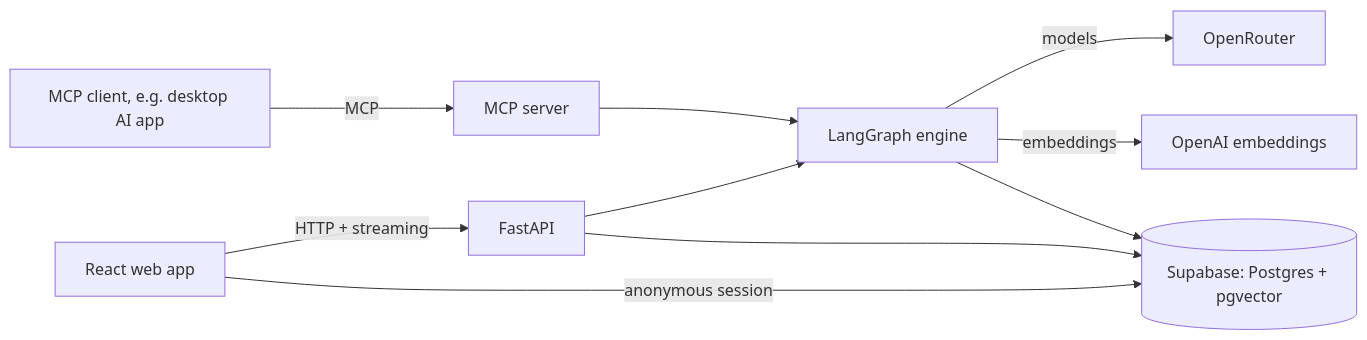
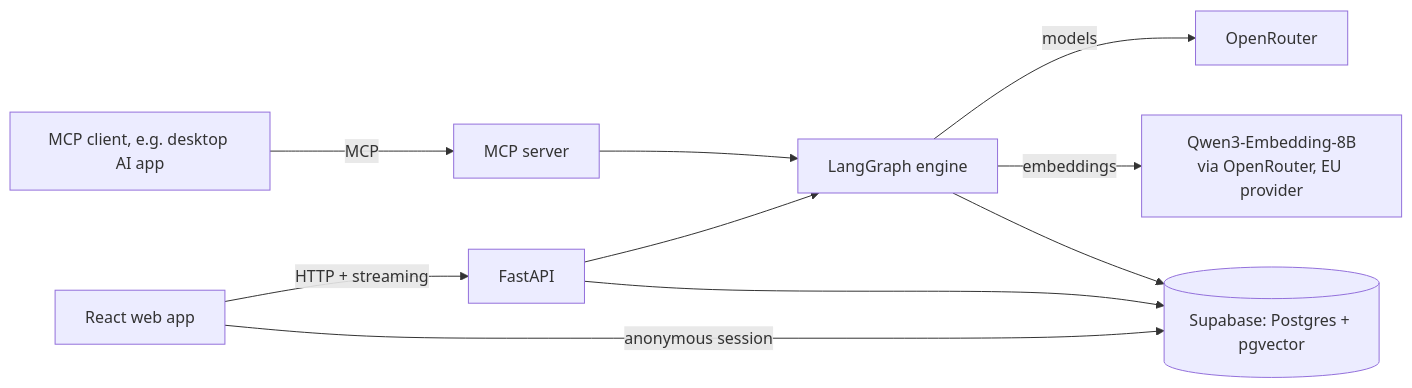
Before and after one commit to AhmedNazihX/Klar: the second of 2 diagrams in AI Act Classification Assistant — Capstone Init Document.md, drawn with Mermaid. The commit also changed other lines of this file, not shown here.

First line of the commit message:
docs: add benchmark isolation rules and switch embeddings to Qwen3-Embedding-8B

````diff
--- a/AI Act Classification Assistant — Capstone Init Document.md
+++ b/AI Act Classification Assistant — Capstone Init Document.md
@@ -230,12 +244,12 @@
 ```mermaid
 flowchart LR
     UI[React web app] -->|HTTP + streaming| API[FastAPI]
     MCPC[MCP client, e.g. desktop AI app] -->|MCP| MCP[MCP server]
     MCP --> ENG
     API --> ENG[LangGraph engine]
     ENG -->|models| OR[OpenRouter]
-    ENG -->|embeddings| OAI[OpenAI embeddings]
+    ENG -->|embeddings| EMB[Qwen3-Embedding-8B<br/>via OpenRouter, EU provider]
     ENG --> DB[(Supabase: Postgres + pgvector)]
     API --> DB
     UI -->|anonymous session| DB
 ```
````
